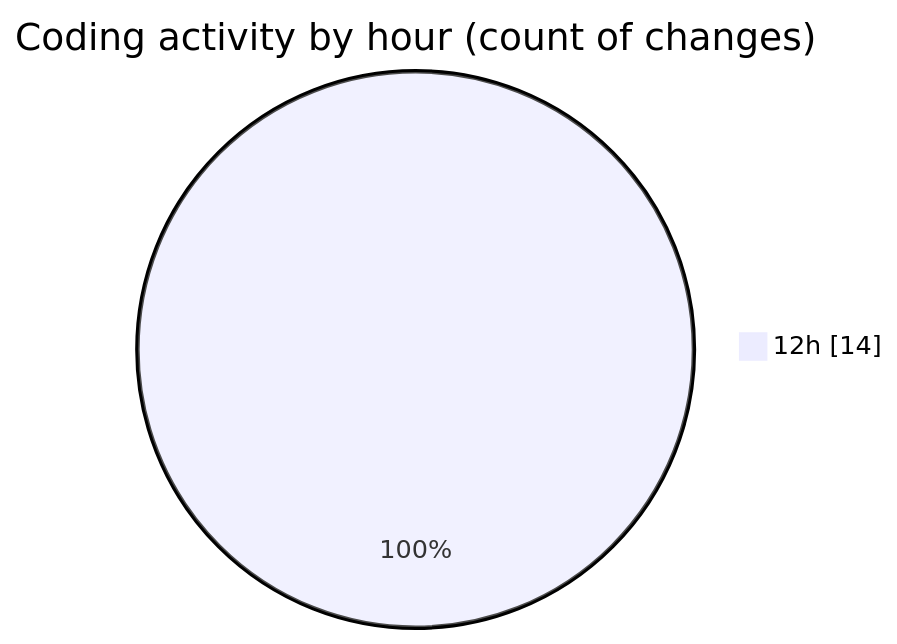
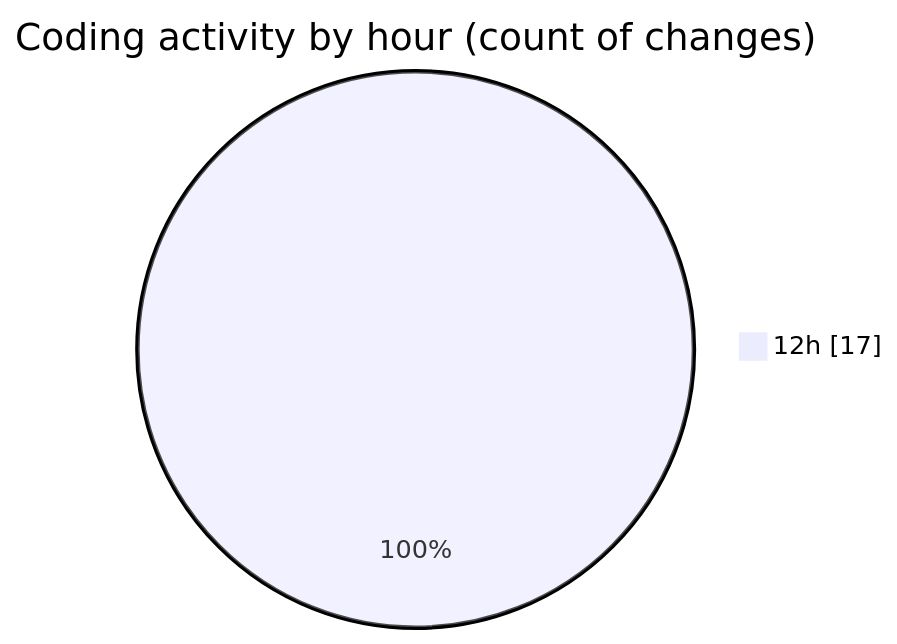
One commit to nxtqubesakshisongat/code-tracking changed the second of 2 diagrams in 2026-03-04/nxtqube_webapp/README.md. Above: the diagram before and after it, drawn with Mermaid. The commit also changed other lines of this file and 1 other file, not shown here.

````diff
--- a/2026-03-04/nxtqube_webapp/README.md
+++ b/2026-03-04/nxtqube_webapp/README.md
@@ -28,5 +28,5 @@
 ```mermaid
 pie showData
 title Coding activity by hour (count of changes)
-"12h" : 14
+"12h" : 17
 ```
````
